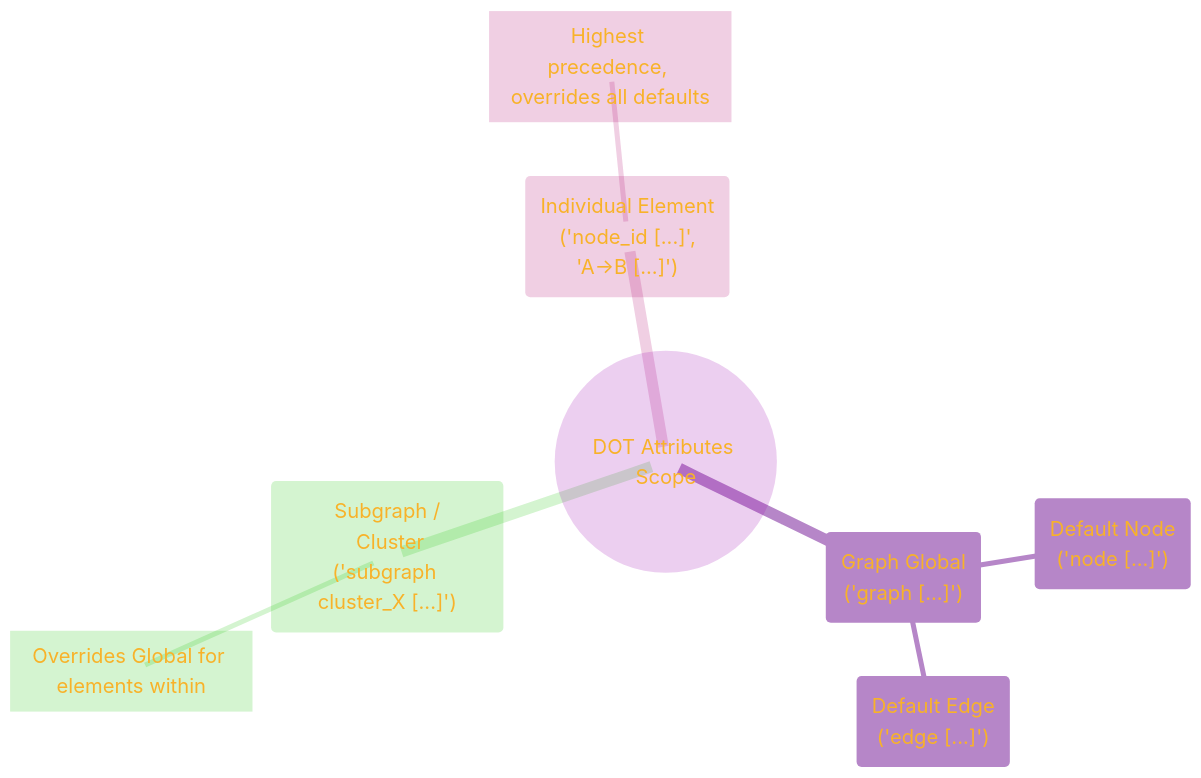
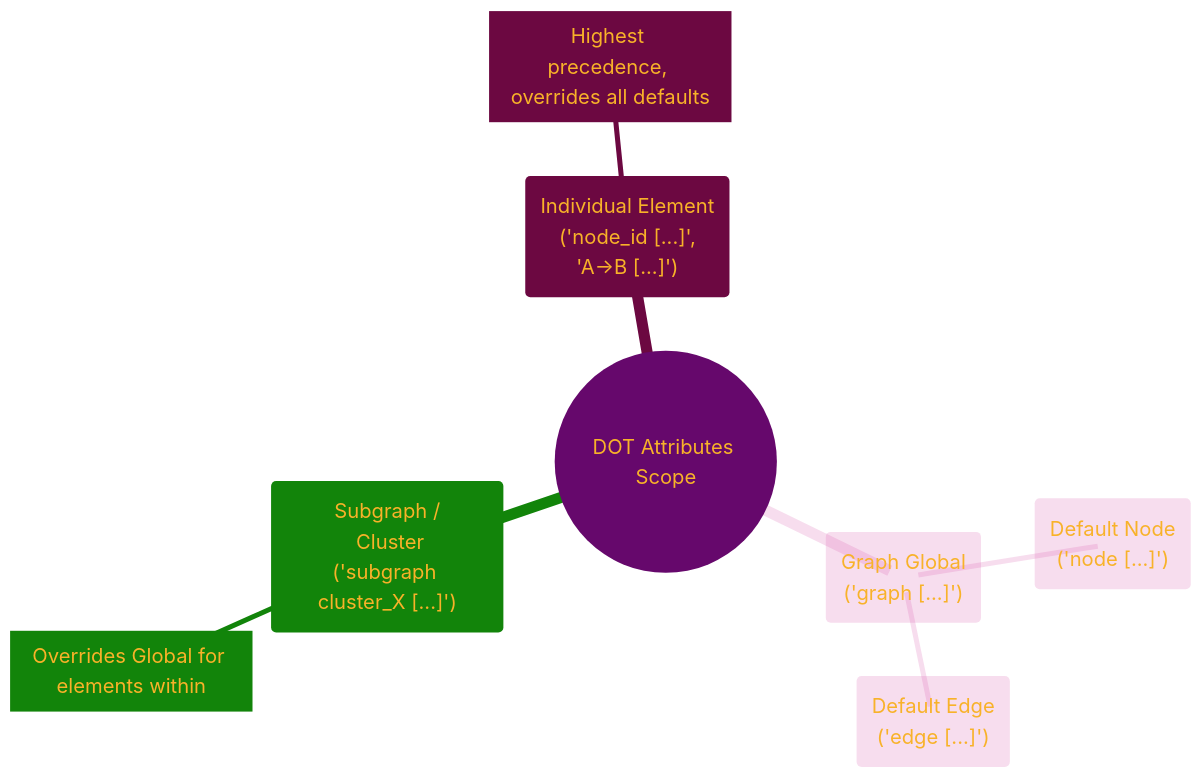
One commit to CongLeSolutionX/The-Language-Atlas changed the second of 9 diagrams in regions/DOT_language/PART_2/Gallery_of_DOT_Concepts.md. Above: the diagram before and after it, drawn with Mermaid. The commit also changed other lines of this file and 1 other file, not shown here.

````diff
--- a/regions/DOT_language/PART_2/Gallery_of_DOT_Concepts.md
+++ b/regions/DOT_language/PART_2/Gallery_of_DOT_Concepts.md
@@ -72,40 +72,40 @@
 ```mermaid
 ---
 title: "DOT Attribute Scopes"
 author: "Cong Le"
 version: "1.0"
 license(s): "MIT, CC BY 4.0"
 copyright: "Copyright (c) 2025 Cong Le. All Rights Reserved."
 config:
   theme: base
 ---
 %%%%%%%% Mermaid version v11.4.1-b.14
 %%{
   init: {
     'fontFamily': 'Monaco',
     'themeVariables': {
-      'primaryColor': '#D5E3',
+      'primaryColor': '#D511E3',
       'primaryTextColor': '#F8B229',
       'primaryBorderColor': '#27AE60',
-      'secondaryColor': '#EBDEF0',
+      'secondaryColor': '#EBD3',
       'secondaryTextColor': '#6C3483',
       'secondaryBorderColor': '#A569BD',
       'fontSize': '20px'
     }
   }
 }%%
 mindmap
 root(("DOT Attributes Scope"))
   Graph_Global("Graph Global<br/>('graph [...]')")
   ::icon(fa fa-globe)
     Default_Node("Default Node<br/>('node [...]')")
     Default_Edge("Default Edge<br/>('edge [...]')")
     
   Subgraph_Cluster("Subgraph /<br/> Cluster<br/>('subgraph cluster_X [...]')")
   ::icon(fa fa-object-group)
     Overrides_Global_for_elements_within["Overrides Global for elements within"]
     
   Individual_Element("Individual Element<br/>('node_id [...]',<br/> 'A->B [...]')")
   ::icon(fa fa-paint-brush)
     Highest_precedence_overrides_all_defaults["Highest precedence, overrides all defaults"]
 ```
````
